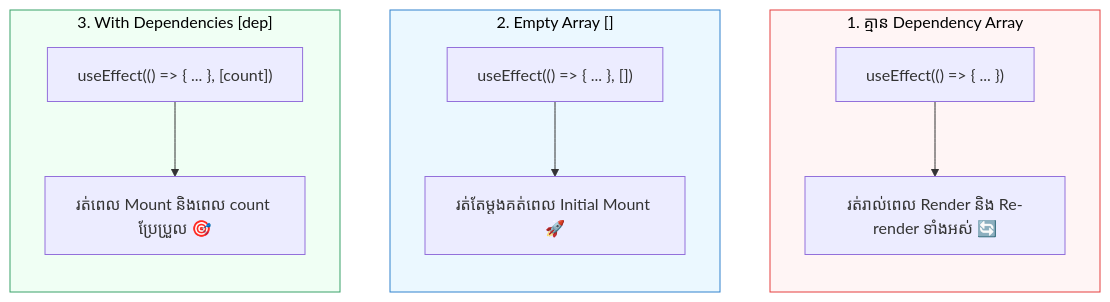
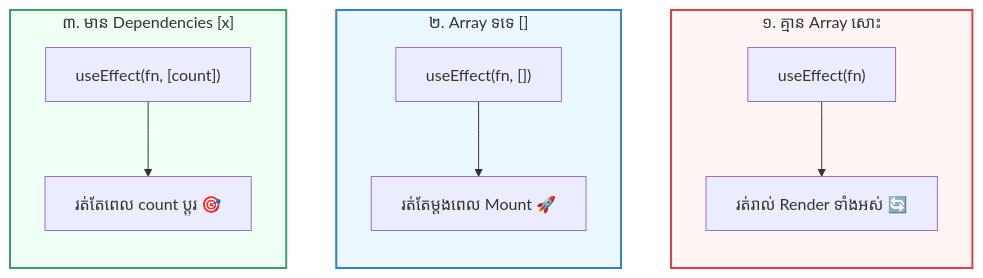
Before and after one commit to Ari-ICU/full-stack-short-coures: the diagram in src/courses/react/module-4-useeffect/02-dependency-array-rules.mdx, drawn with Mermaid. The commit also changed other lines of this file and 4 other files, not shown here.

````diff
--- a/src/courses/react/module-4-useeffect/02-dependency-array-rules.mdx
+++ b/src/courses/react/module-4-useeffect/02-dependency-array-rules.mdx
@@ -24,21 +44,21 @@
 ```mermaid
 flowchart TD
-    subgraph Mode1["1. គ្មាន Dependency Array"]
+    subgraph Mode1["១. គ្មាន Array សោះ"]
         direction TB
-        M1A["useEffect(() => { ... })"] --> M1B["រត់រាល់ពេល Render និង Re-render ទាំងអស់ 🔄"]
+        M1A["useEffect(fn)"] --> M1B["រត់រាល់ Render ទាំងអស់ 🔄"]
     end
 
-    subgraph Mode2["2. Empty Array []"]
+    subgraph Mode2["២. Array ទទេ []"]
         direction TB
-        M2A["useEffect(() => { ... }, [])"] --> M2B["រត់តែម្តងគត់ពេល Initial Mount 🚀"]
+        M2A["useEffect(fn, [])"] --> M2B["រត់តែម្តងពេល Mount 🚀"]
     end
 
-    subgraph Mode3["3. With Dependencies [dep]"]
+    subgraph Mode3["៣. មាន Dependencies [x]"]
         direction TB
-        M3A["useEffect(() => { ... }, [count])"] --> M3B["រត់ពេល Mount និងពេល count ប្រែប្រួល 🎯"]
+        M3A["useEffect(fn, [count])"] --> M3B["រត់តែពេល count ប្តូរ 🎯"]
     end
 
-    style Mode1 fill:#fff5f5,stroke:#e53e3e,color:#000
-    style Mode2 fill:#ebf8ff,stroke:#3182ce,color:#000
-    style Mode3 fill:#f0fff4,stroke:#38a169,color:#000
+    style Mode1 fill:#fff5f5,stroke:#e53e3e,stroke-width:2px
+    style Mode2 fill:#ebf8ff,stroke:#3182ce,stroke-width:2px
+    style Mode3 fill:#f0fff4,stroke:#38a169,stroke-width:2px
 ```
````
